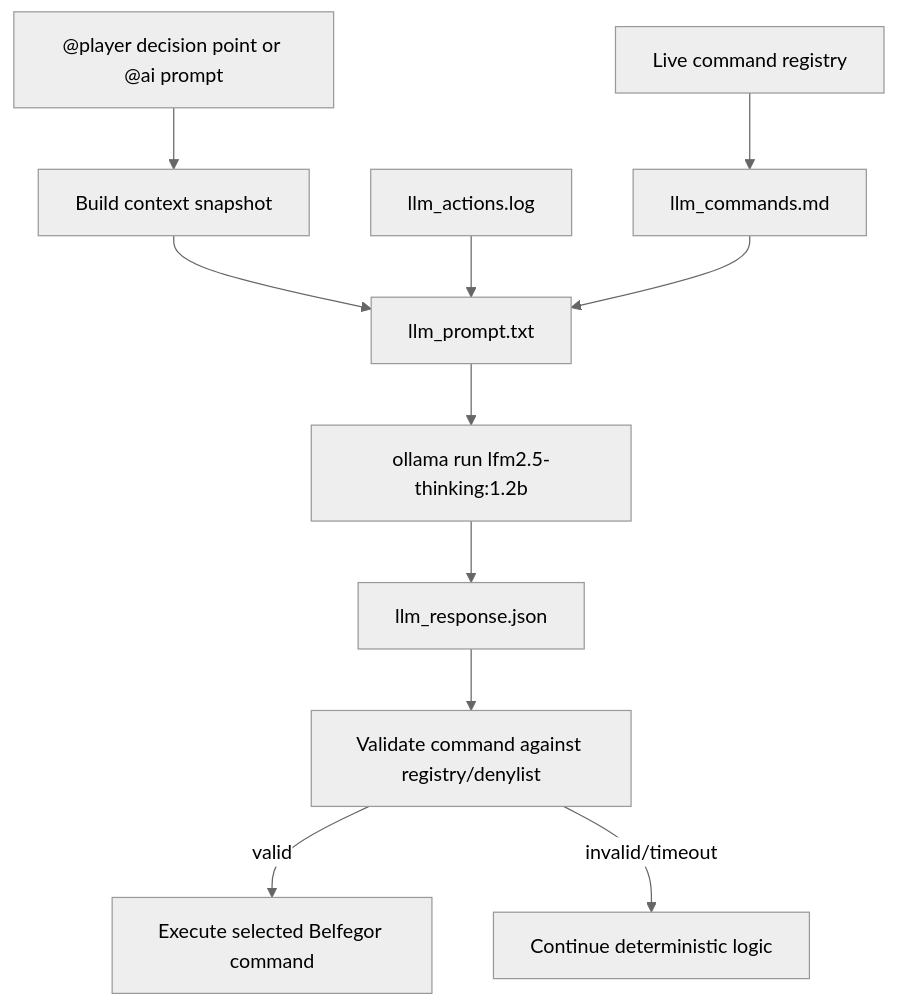
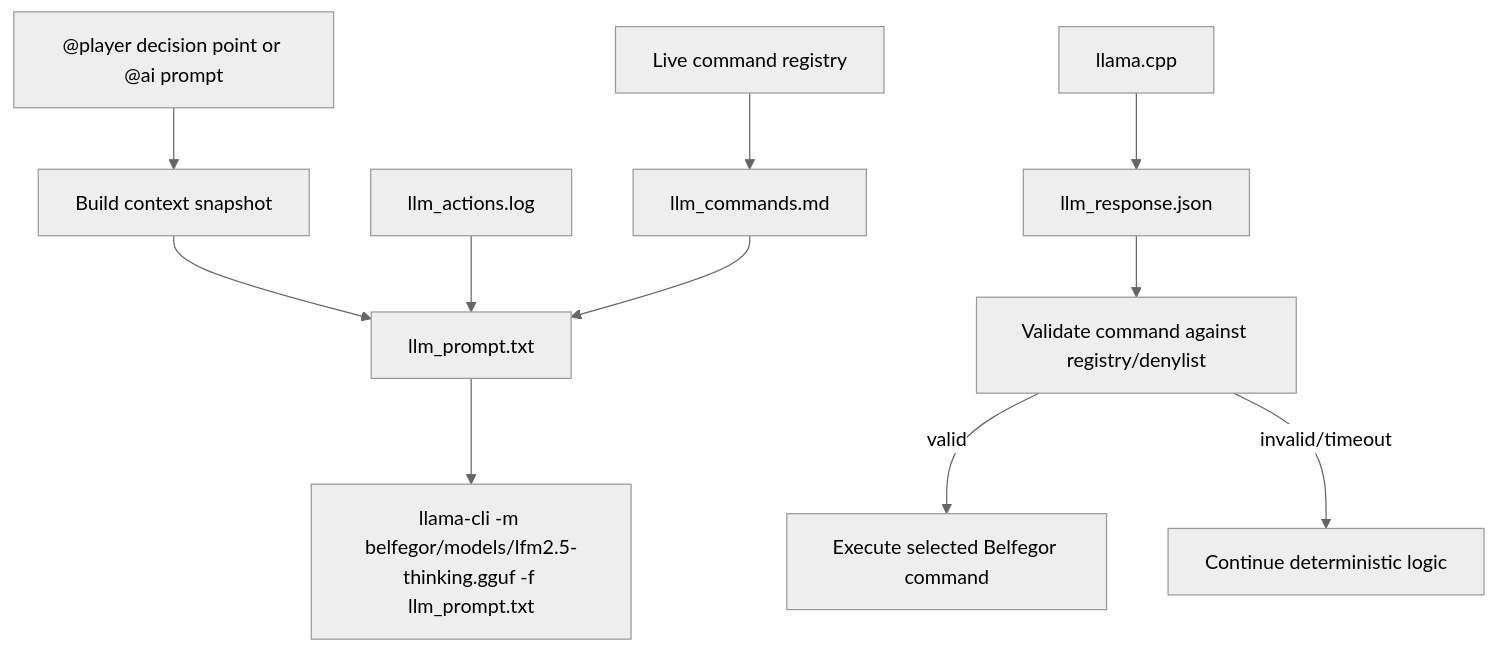
One commit to unaveragetech/Belfegor changed the sixth of 8 diagrams in docs/ARCHITECTURE.md. Above: the diagram before and after it, drawn with Mermaid (neutral theme). The commit also changed other lines of this file and 25 other files, not shown here.

Commit message:
Use bundled llama.cpp advisor and harden task inventory locks

````diff
--- a/docs/ARCHITECTURE.md
+++ b/docs/ARCHITECTURE.md
@@ -156,13 +156,13 @@
 ```mermaid
 flowchart TD
     PlayerMode["@player decision point or @ai prompt"] --> Snapshot["Build context snapshot"]
     Commands["Live command registry"] --> Export["llm_commands.md"]
     Snapshot --> Prompt["llm_prompt.txt"]
     ActionLog["llm_actions.log"] --> Prompt
     Export --> Prompt
-    Prompt --> Ollama["ollama run lfm2.5-thinking:1.2b"]
-    Ollama --> Response["llm_response.json"]
+    Prompt --> LlamaCli["llama-cli -m belfegor/models/lfm2.5-thinking.gguf -f llm_prompt.txt"]
+    llama.cpp --> Response["llm_response.json"]
     Response --> Validate["Validate command against registry/denylist"]
     Validate -- valid --> Execute["Execute selected Belfegor command"]
     Validate -- invalid/timeout --> Fallback["Continue deterministic logic"]
 ```
````
